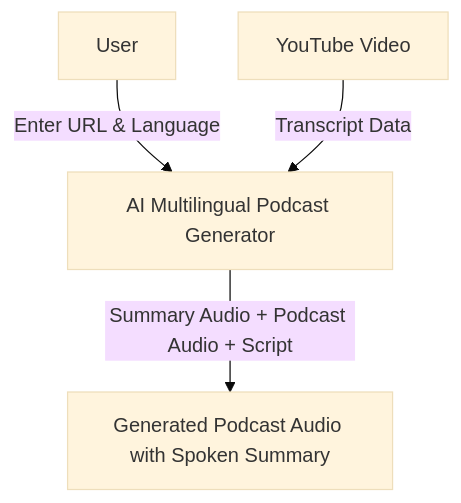
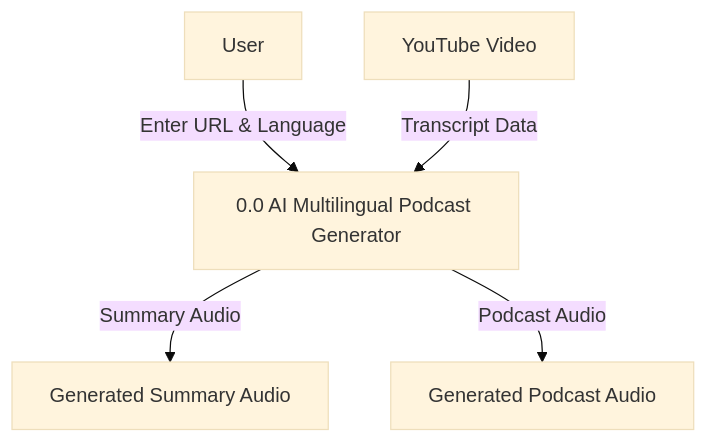
Before and after one commit to sahaniom/Podcast-Generator: the first of 9 diagrams in docs/5_dfd.md, drawn with Mermaid (base theme). The commit also changed other lines of this file and 6 other files, not shown here.

Commit message:
summary output separated

````diff
--- a/docs/5_dfd.md
+++ b/docs/5_dfd.md
@@ -26,12 +26,14 @@
 ```mermaid
 flowchart TD
 
     User[User]
     YouTube[YouTube Video]
-    System[AI Multilingual Podcast Generator]
-    Output[Generated Podcast Audio with Spoken Summary]
+    System[0.0 AI Multilingual Podcast Generator]
+    Summary[Generated Summary Audio]
+    Output[Generated Podcast Audio]
 
     User -->|Enter URL & Language| System
     YouTube -->|Transcript Data| System
-    System -->|Summary Audio + Podcast Audio + Script| Output
+    System -->|Summary Audio| Summary
+    System -->|Podcast Audio| Output
 ```
````
